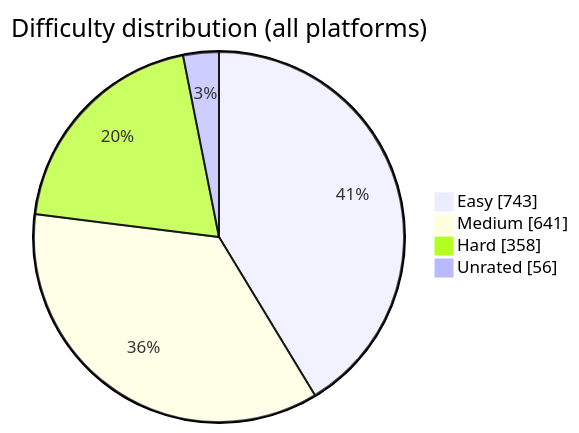
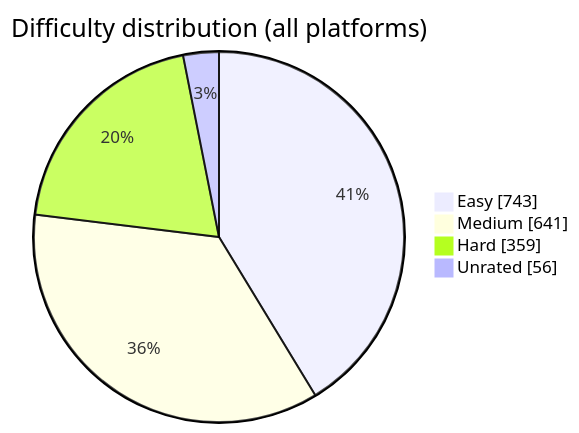
The diagram in README.md (BuildbyArindam/Daily-Coding-Log), drawn with Mermaid before and after one commit. The commit also changed other lines of this file, not shown here.

````diff
--- a/README.md
+++ b/README.md
@@ -108,7 +108,7 @@
 ```mermaid
 pie showData title Difficulty distribution (all platforms)
     "Easy" : 743
     "Medium" : 641
-    "Hard" : 358
+    "Hard" : 359
     "Unrated" : 56
 ```
````
